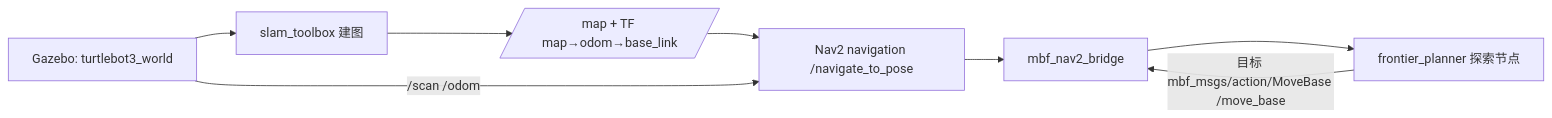
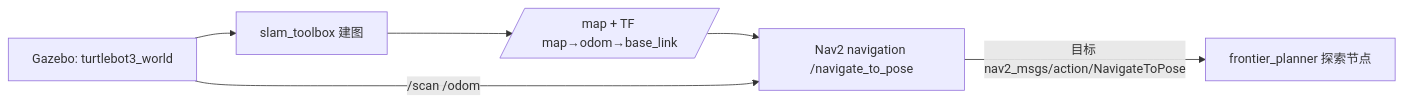
The third of 3 diagrams in frontier_exploration_occupancygrid/docs/USAGE.md (JunJie1213855/frontier-occ-exploration), drawn with Mermaid before and after one commit. The commit also changed other lines of this file and 11 other files, not shown here.

Commit message:
- 订阅 /map 膨胀后检测前沿/质心,代价函数选目标,经 Nav2 /navigate_to_pose 驱动探索 - 依赖用 nav2_msgs 替换 mbf_msgs,删除 mbf_nav2_bridge 桥接 - 顺带修原版 bug:get_centroids 拼写、Rotation/CheckCollision 空地图除零防护 - ROS1 遗留仿真资产(launch/config/urdf/world/meshes)保留作参考,不参与构建

````diff
--- a/frontier_exploration_occupancygrid/docs/USAGE.md
+++ b/frontier_exploration_occupancygrid/docs/USAGE.md
@@ -216,10 +216,8 @@
 ```mermaid
 flowchart LR
     G[Gazebo: turtlebot3_world] --> S[slam_toolbox 建图]
     S --> M[/map + TF map→odom→base_link/]
     M --> N[Nav2 navigation /navigate_to_pose]
-    N --> B[mbf_nav2_bridge]
-    B --> P[frontier_planner 探索节点]
-    P -->|目标 mbf_msgs/action/MoveBase /move_base| B
+    N -->|目标 nav2_msgs/action/NavigateToPose| P[frontier_planner 探索节点]
     G -->|/scan /odom| N
 ```
````
